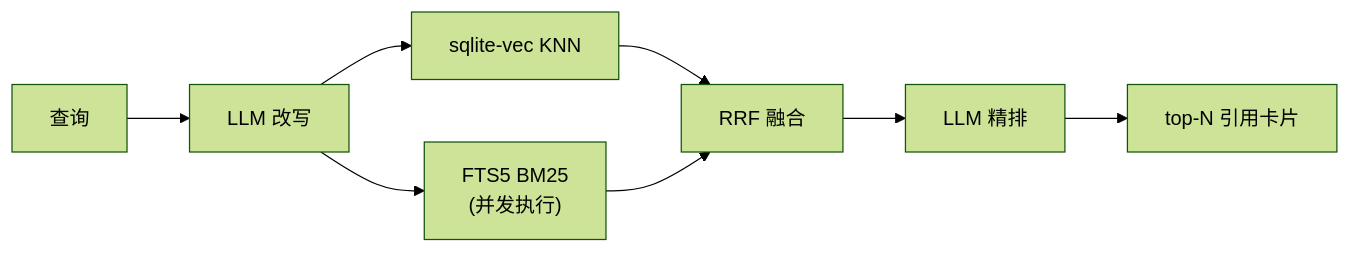
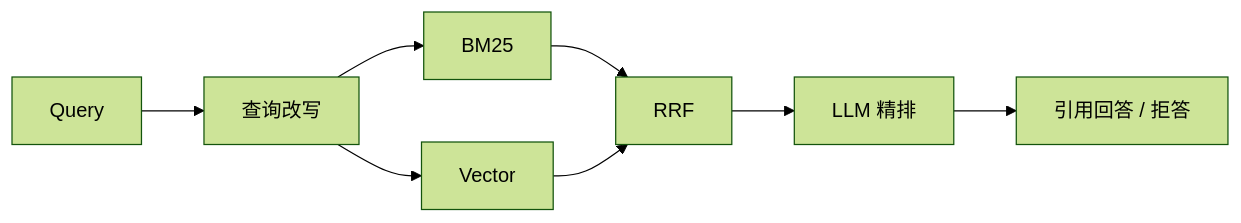
One commit to yuaiccc/japanese-verb-master changed the second of 2 diagrams in README.md. Above: the diagram before and after it, drawn with Mermaid (forest theme). The commit also changed other lines of this file and 4 other files, not shown here.

````diff
--- a/README.md
+++ b/README.md
@@ -84,6 +56,10 @@
 ```mermaid
 flowchart LR
-  Q["查询"] --> RW["LLM 改写"]
-  RW --> V["sqlite-vec KNN"] & B["FTS5 BM25<br/>(并发执行)"]
-  V & B --> F["RRF 融合"] --> RR["LLM 精排"] --> OUT["top-N 引用卡片"]
+  Query --> Rewrite["查询改写"]
+  Rewrite --> BM25
+  Rewrite --> Vector
+  BM25 --> RRF
+  Vector --> RRF
+  RRF --> Rerank["LLM 精排"]
+  Rerank --> Answer["引用回答 / 拒答"]
 ```
````
